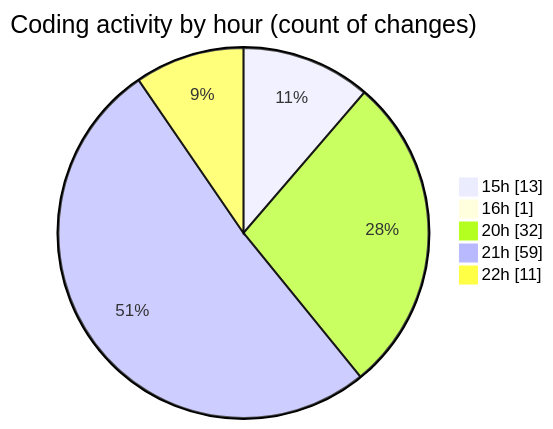
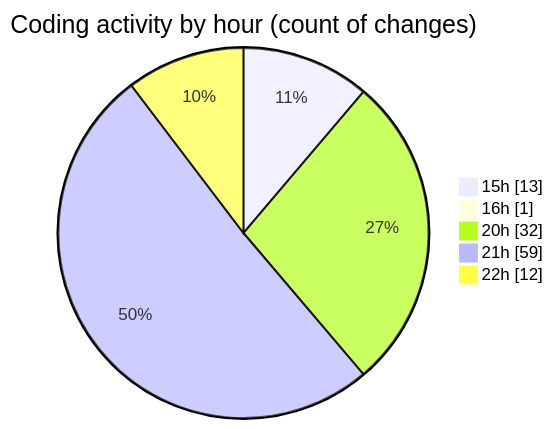
One commit to EIIisD/code-tracking changed the second of 2 diagrams in 2025-07-17/ribbon/README.md. Above: the diagram before and after it, drawn with Mermaid. The commit also changed other lines of this file and 1 other file, not shown here.

````diff
--- a/2025-07-17/ribbon/README.md
+++ b/2025-07-17/ribbon/README.md
@@ -68,9 +68,9 @@
 ```mermaid
 pie showData
 title Coding activity by hour (count of changes)
 "15h" : 13
 "16h" : 1
 "20h" : 32
 "21h" : 59
-"22h" : 11
+"22h" : 12
 ```
````
